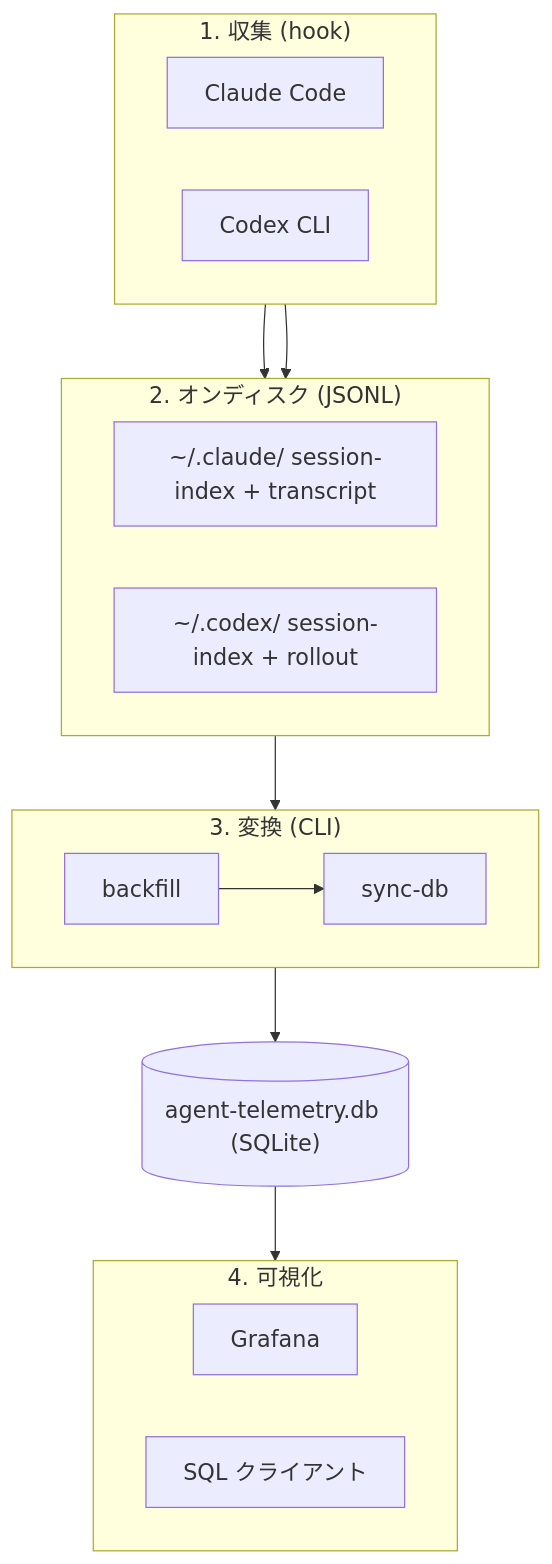
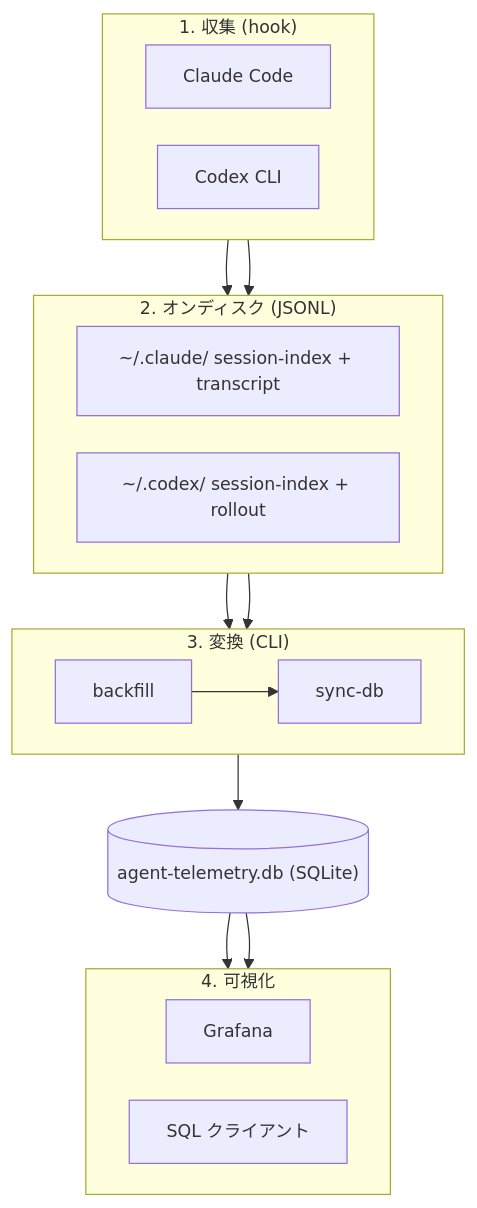
The diagram in site/content/explain/architecture/index.md (ishii1648/hitl-metrics), drawn with Mermaid before and after one commit. The commit also changed 2 other files, not shown here.

Commit message:
docs(site): orient Stop hook diagram vertically and unify mermaid width strategy
intent(hooks-diagram): Stop hook の処理時間フローを縦並びにする
decision(mermaid-sizing): 全 mermaid block で useMaxWidth: true + CSS width 100% !important に統一

````diff
--- a/site/content/explain/architecture/index.md
+++ b/site/content/explain/architecture/index.md
@@ -10,36 +10,38 @@
 ```mermaid
-%%{init: {'flowchart': {'nodeSpacing': 50, 'rankSpacing': 60}, 'themeVariables': {'fontSize': '18px'}}}%%
+%%{init: {'flowchart': {'nodeSpacing': 30, 'rankSpacing': 45}, 'themeVariables': {'fontSize': '14px'}}}%%
 flowchart TB
     subgraph hooks["1. 収集 (hook)"]
         direction LR
         CC["Claude Code"]
         CX["Codex CLI"]
     end
 
     subgraph state["2. オンディスク (JSONL)"]
         direction LR
         CCJ["~/.claude/ session-index + transcript"]
         CXJ["~/.codex/ session-index + rollout"]
     end
 
     subgraph cli["3. 変換 (CLI)"]
         direction LR
         BF["backfill"]
         SD["sync-db"]
         BF --> SD
     end
 
     DB[("agent-telemetry.db (SQLite)")]
 
     subgraph viz["4. 可視化"]
         direction LR
         GR["Grafana"]
         SQL["SQL クライアント"]
     end
 
     CC --> CCJ
     CX --> CXJ
-    state --> cli
+    CCJ --> cli
+    CXJ --> cli
     cli --> DB
-    DB --> viz
+    DB --> GR
+    DB --> SQL
 ```
````
